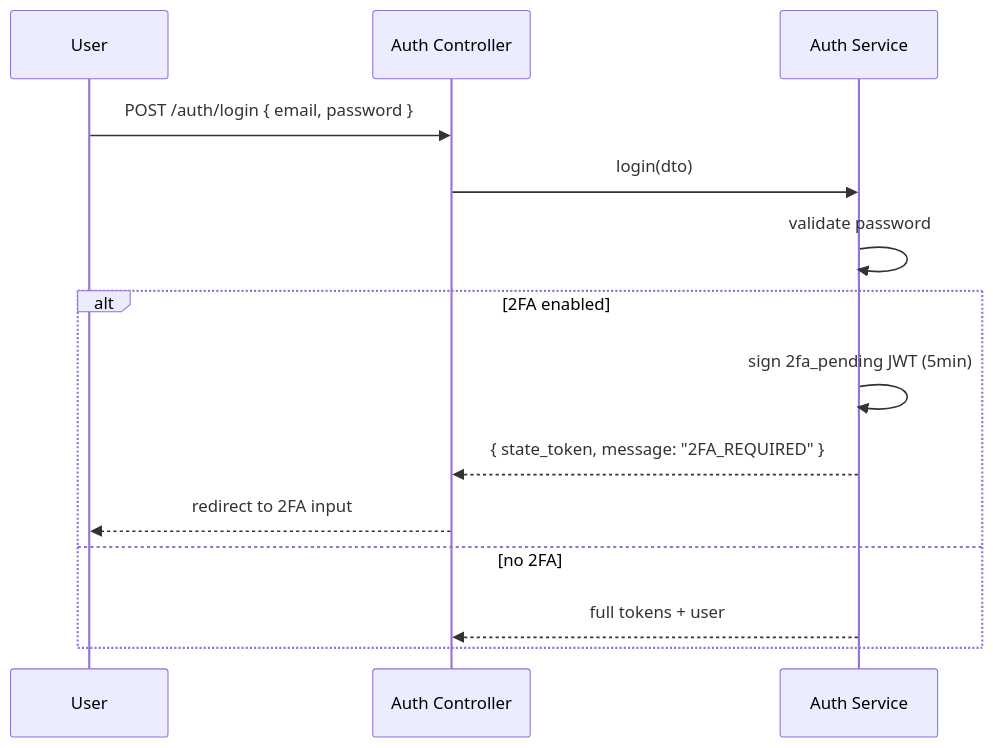
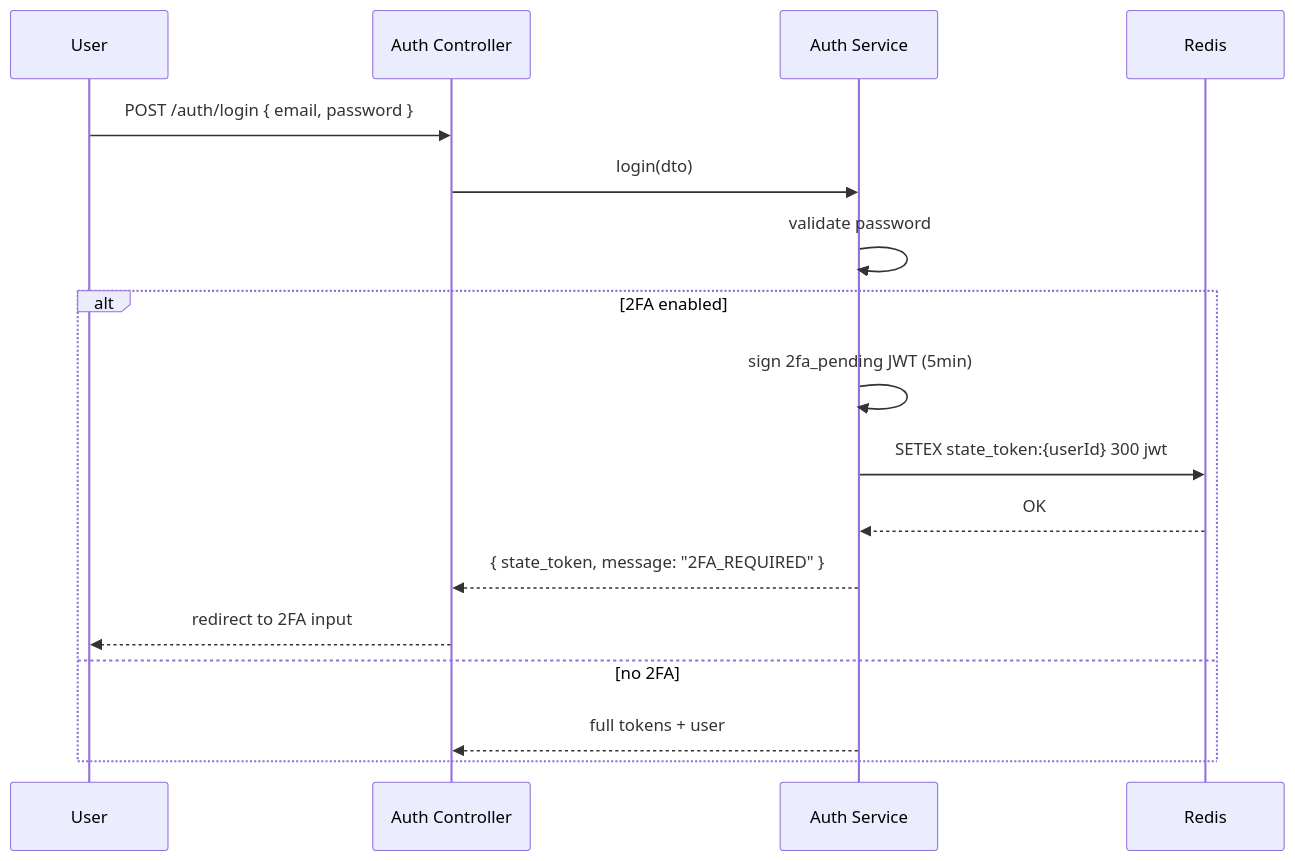
Before and after one commit to daviduzondu/skillbridge-stage-5-be: the fourth of 7 diagrams in system-design.md, drawn with Mermaid. The commit also changed other lines of this file and 11 other files, not shown here.

````diff
--- a/system-design.md
+++ b/system-design.md
@@ -102,17 +105,20 @@
 ```mermaid
 sequenceDiagram
     participant U as User
     participant C as Auth Controller
     participant S as Auth Service
+    participant R as Redis
 
     U->>C: POST /auth/login { email, password }
     C->>S: login(dto)
     S->>S: validate password
     alt 2FA enabled
         S->>S: sign 2fa_pending JWT (5min)
+        S->>R: SETEX state_token:{userId} 300 jwt
+        R-->>S: OK
         S-->>C: { state_token, message: "2FA_REQUIRED" }
         C-->>U: redirect to 2FA input
     else no 2FA
         S-->>C: full tokens + user
     end
 ```
````
